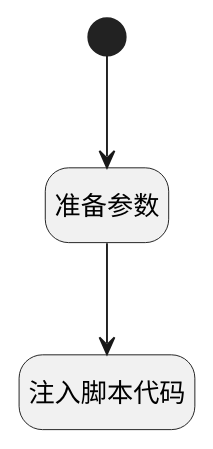
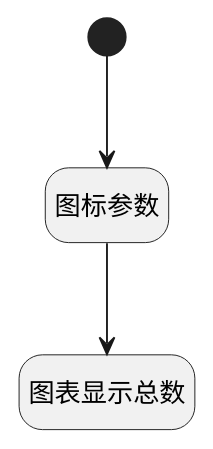
One commit to iBizLab/plm changed the diagram in doc/docsify/module/ProjMgmt/work_item/uilogic/chart_show_count.md. Above: the diagram before and after it, drawn with PlantUML. The commit also changed other lines of this file and 1778 other files, not shown here.

````diff
--- a/doc/docsify/module/ProjMgmt/work_item/uilogic/chart_show_count.md
+++ b/doc/docsify/module/ProjMgmt/work_item/uilogic/chart_show_count.md
@@ -8,21 +8,21 @@
 ```plantuml
 @startuml
 hide footbox
 <style>
 root {
   HyperlinkColor #42b983
 }
 </style>
 
 hide empty description
 state "开始" as Begin <<start>> [[$./chart_show_count#begin {开始}]]
-state "注入脚本代码" as RAWJSCODE1  [[$./chart_show_count#rawjscode1 {注入脚本代码}]]
-state "准备参数" as PREPAREJSPARAM1  [[$./chart_show_count#preparejsparam1 {准备参数}]]
+state "图标参数" as PREPAREJSPARAM1  [[$./chart_show_count#preparejsparam1 {图标参数}]]
+state "图表显示总数" as RAWJSCODE1  [[$./chart_show_count#rawjscode1 {图表显示总数}]]
 
 
 Begin --> PREPAREJSPARAM1
 PREPAREJSPARAM1 --> RAWJSCODE1
 
 
 @enduml
 ```
````
